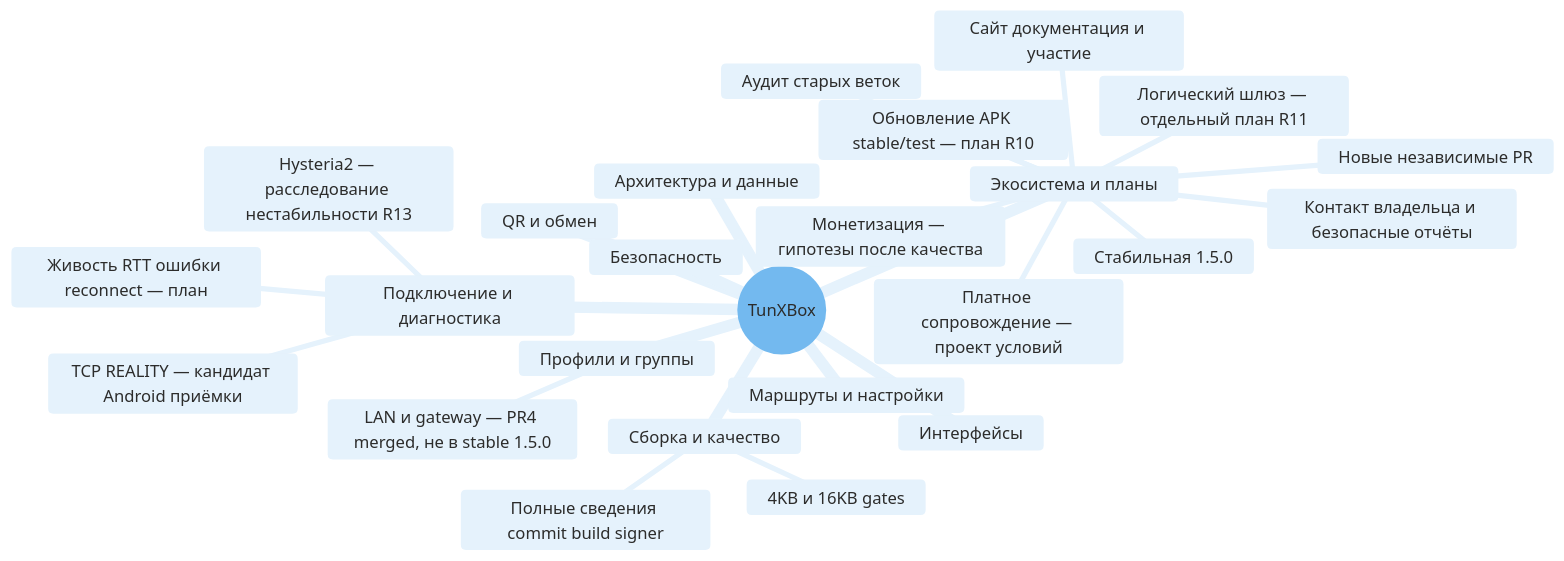
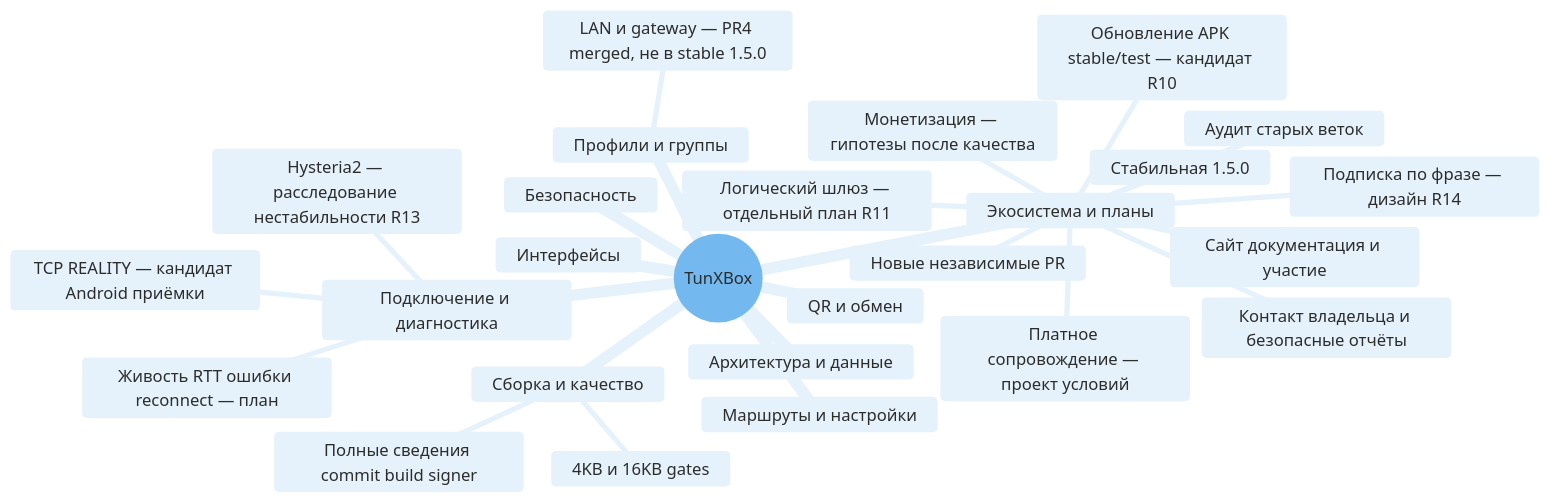
Before and after one commit to LeonidYasin/TunXBox: the diagram in docs/project-map.md, drawn with Mermaid. The commit also changed other lines of this file and 33 other files, not shown here.

Commit message:
feat(updates): verified native stable/test APK updater and passphrase design

````diff
--- a/docs/project-map.md
+++ b/docs/project-map.md
@@ -9,29 +9,30 @@
 ```mermaid
 %%{init: {"theme": "base", "themeVariables": {"primaryColor": "#E5F2FC", "primaryTextColor": "#2C2C2B", "primaryBorderColor": "#2783DE", "lineColor": "#7D7A75", "secondaryColor": "#E8F1EC", "tertiaryColor": "#F9F8F7", "fontFamily": "Arial", "cScale0": "#E5F2FC", "cScaleLabel0": "#2C2C2B", "cScale1": "#E5F2FC", "cScaleLabel1": "#2C2C2B", "cScale2": "#E5F2FC", "cScaleLabel2": "#2C2C2B", "cScale3": "#E5F2FC", "cScaleLabel3": "#2C2C2B", "cScale4": "#E5F2FC", "cScaleLabel4": "#2C2C2B", "cScale5": "#E5F2FC", "cScaleLabel5": "#2C2C2B", "cScale6": "#E5F2FC", "cScaleLabel6": "#2C2C2B", "cScale7": "#E5F2FC", "cScaleLabel7": "#2C2C2B", "cScale8": "#E5F2FC", "cScaleLabel8": "#2C2C2B", "cScale9": "#E5F2FC", "cScaleLabel9": "#2C2C2B", "cScale10": "#E5F2FC", "cScaleLabel10": "#2C2C2B", "cScale11": "#E5F2FC", "cScaleLabel11": "#2C2C2B"}}}%%
 mindmap
   root((TunXBox))
     Интерфейсы
     Профили и группы
       LAN и gateway — PR4 merged, не в stable 1.5.0
     Подключение и диагностика
       TCP REALITY — кандидат Android приёмки
       Hysteria2 — расследование нестабильности R13
       Живость RTT ошибки reconnect — план
     Маршруты и настройки
     QR и обмен
     Архитектура и данные
     Сборка и качество
       Полные сведения commit build signer
       4KB и 16KB gates
     Безопасность
     Экосистема и планы
       Стабильная 1.5.0
       Аудит старых веток
       Новые независимые PR
-      Обновление APK stable/test — план R10
+      Обновление APK stable/test — кандидат R10
       Сайт документация и участие
       Контакт владельца и безопасные отчёты
       Платное сопровождение — проект условий
       Монетизация — гипотезы после качества
       Логический шлюз — отдельный план R11
+      Подписка по фразе — дизайн R14
 ```
````
